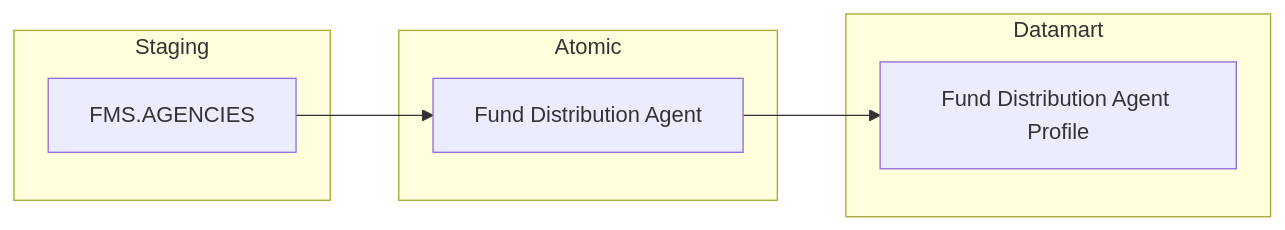
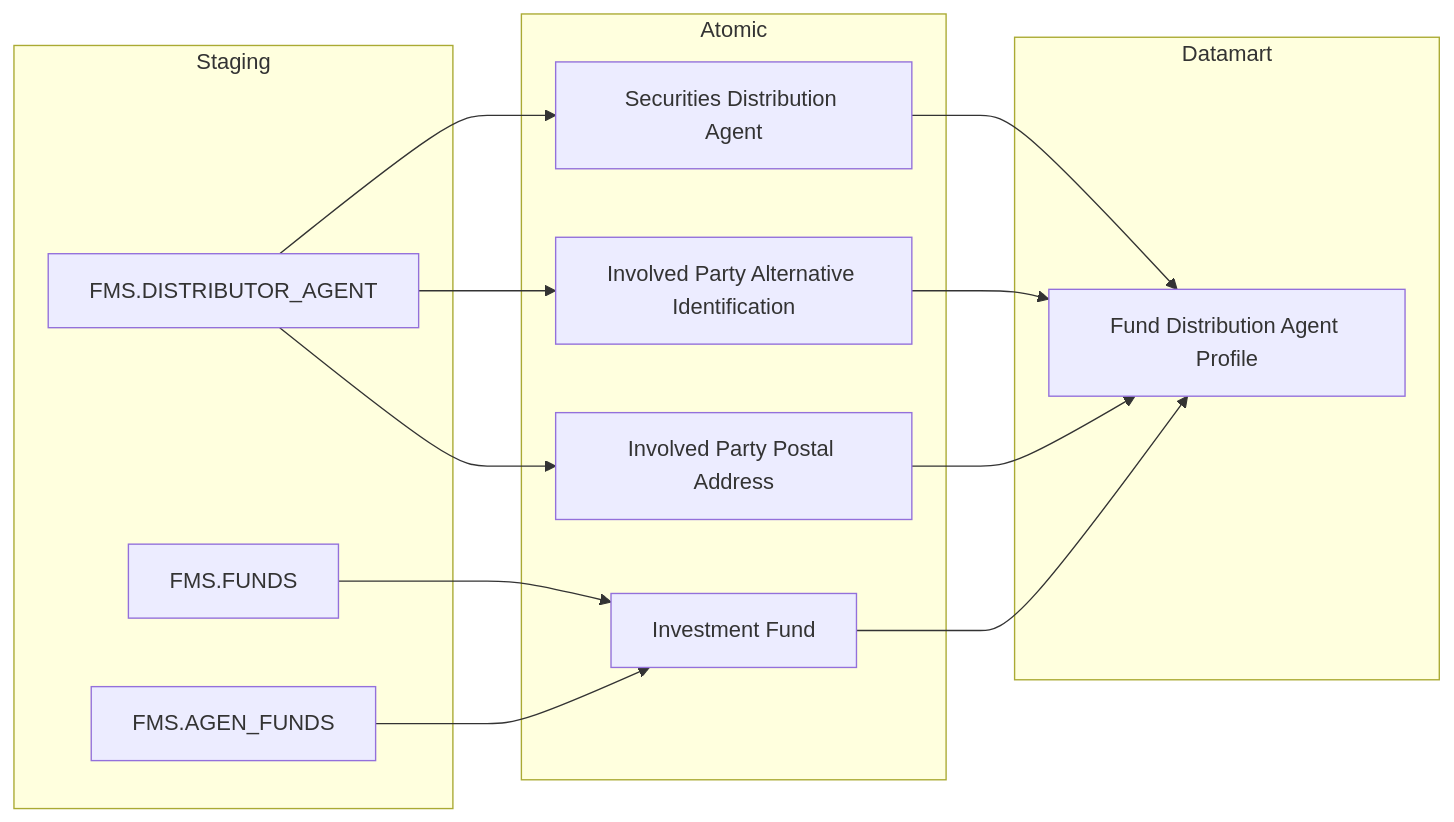
One commit to linhlvit/ubck_atomic_design changed diagram 12 of 41 in Datamart/hld/DTM_QLQ_HLD.md. Above: the diagram before and after it, drawn with Mermaid. The commit also changed other lines of this file and 28 other files, not shown here.

Commit message:
feat(qlq): add LLD detail mapping, 23 entity table schemas, update HLD, sync datamart model and attributes

````diff
--- a/Datamart/hld/DTM_QLQ_HLD.md
+++ b/Datamart/hld/DTM_QLQ_HLD.md
@@ -251,18 +408,30 @@
 ```mermaid
 flowchart LR
     subgraph SRC["Staging"]
-        FMS_AGENCIES["FMS.AGENCIES"]
+        FMS_DISTRIBUTORAGENT["FMS.DISTRIBUTOR_AGENT"]
+        FMS_FUNDS["FMS.FUNDS"]
+        FMS_AGENFUNDS["FMS.AGEN_FUNDS"]
     end
 
     subgraph SIL["Atomic"]
-        Fund_Distribution_Agent["Fund Distribution Agent"]
+        Securities_Distribution_Agent["Securities Distribution Agent"]
+        Involved_Party_Alternative_Identification["Involved Party Alternative Identification"]
+        Involved_Party_Postal_Address["Involved Party Postal Address"]
+        Investment_Fund["Investment Fund"]
     end
 
     subgraph GOLD["Datamart"]
         fnd_dist_agt_prf["Fund Distribution Agent Profile"]
     end
 
-    FMS_AGENCIES --> Fund_Distribution_Agent
+    FMS_DISTRIBUTORAGENT --> Securities_Distribution_Agent
+    FMS_DISTRIBUTORAGENT --> Involved_Party_Alternative_Identification
+    FMS_DISTRIBUTORAGENT --> Involved_Party_Postal_Address
+    FMS_FUNDS --> Investment_Fund
+    FMS_AGENFUNDS --> Investment_Fund
 
-    Fund_Distribution_Agent --> fnd_dist_agt_prf
+    Securities_Distribution_Agent --> fnd_dist_agt_prf
+    Involved_Party_Alternative_Identification --> fnd_dist_agt_prf
+    Involved_Party_Postal_Address --> fnd_dist_agt_prf
+    Investment_Fund --> fnd_dist_agt_prf
 ```
````
